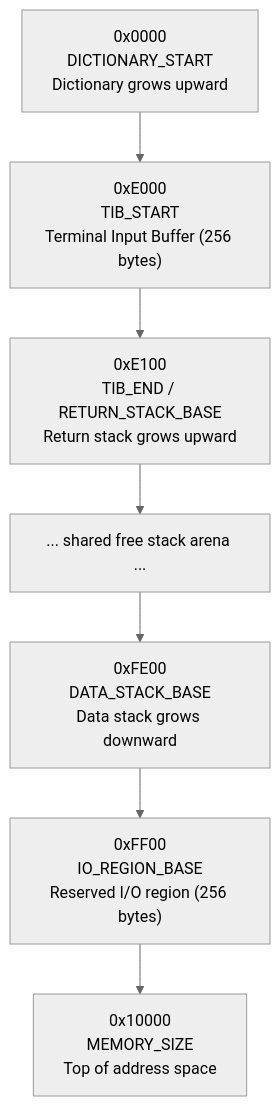
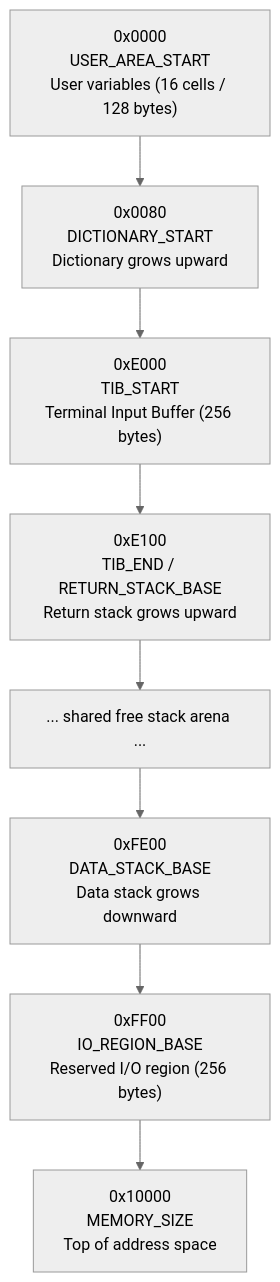
The diagram in README.md (ptdecker/rforth), drawn with Mermaid (neutral theme) before and after one commit. The commit also changed other lines of this file and 9 other files, not shown here.

Commit message:
Add BASE user variable support

````diff
--- a/README.md
+++ b/README.md
@@ -121,9 +125,10 @@
 ```mermaid
 flowchart TD
-    A["0x0000<br/>DICTIONARY_START<br/>Dictionary grows upward"] --> B["0xE000<br/>TIB_START<br/>Terminal Input Buffer (256 bytes)"]
-    B --> C["0xE100<br/>TIB_END / RETURN_STACK_BASE<br/>Return stack grows upward"]
-    C --> D["... shared free stack arena ..."]
-    D --> E["0xFE00<br/>DATA_STACK_BASE<br/>Data stack grows downward"]
-    E --> F["0xFF00<br/>IO_REGION_BASE<br/>Reserved I/O region (256 bytes)"]
-    F --> G["0x10000<br/>MEMORY_SIZE<br/>Top of address space"]
+    A["0x0000<br/>USER_AREA_START<br/>User variables (16 cells / 128 bytes)"] --> B["0x0080<br/>DICTIONARY_START<br/>Dictionary grows upward"]
+    B --> C["0xE000<br/>TIB_START<br/>Terminal Input Buffer (256 bytes)"]
+    C --> D["0xE100<br/>TIB_END / RETURN_STACK_BASE<br/>Return stack grows upward"]
+    D --> E["... shared free stack arena ..."]
+    E --> F["0xFE00<br/>DATA_STACK_BASE<br/>Data stack grows downward"]
+    F --> G["0xFF00<br/>IO_REGION_BASE<br/>Reserved I/O region (256 bytes)"]
+    G --> H["0x10000<br/>MEMORY_SIZE<br/>Top of address space"]
 ```
````
